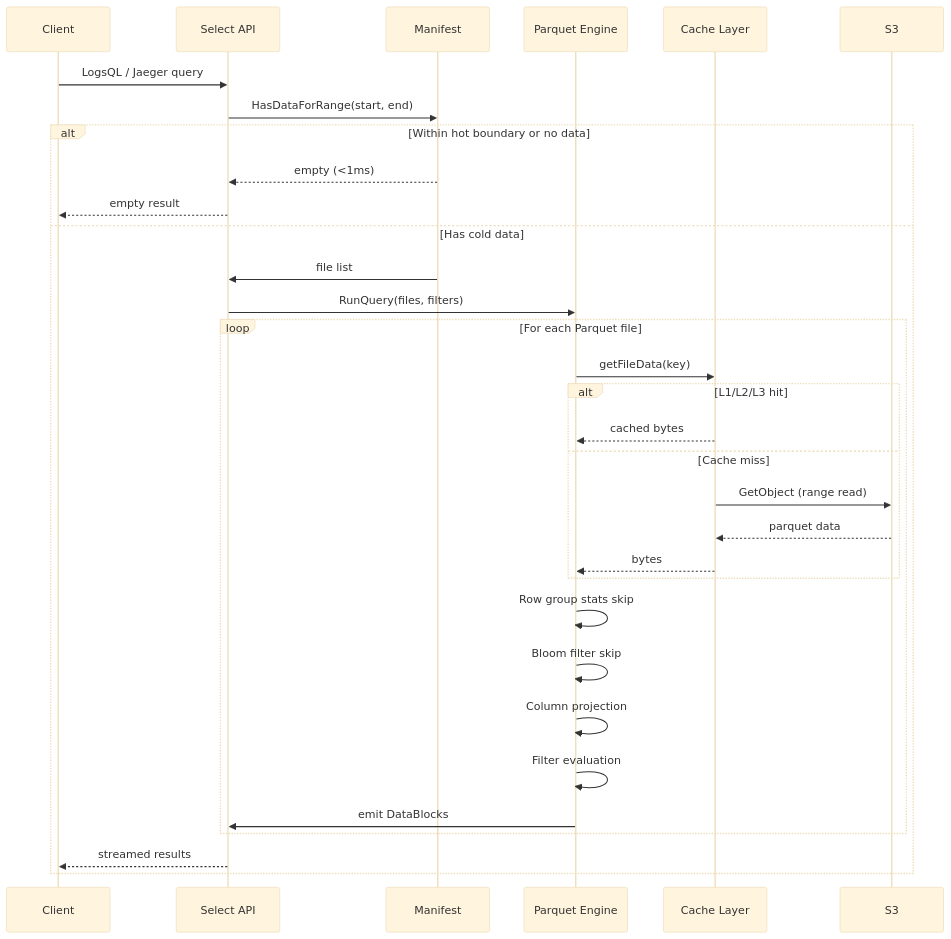
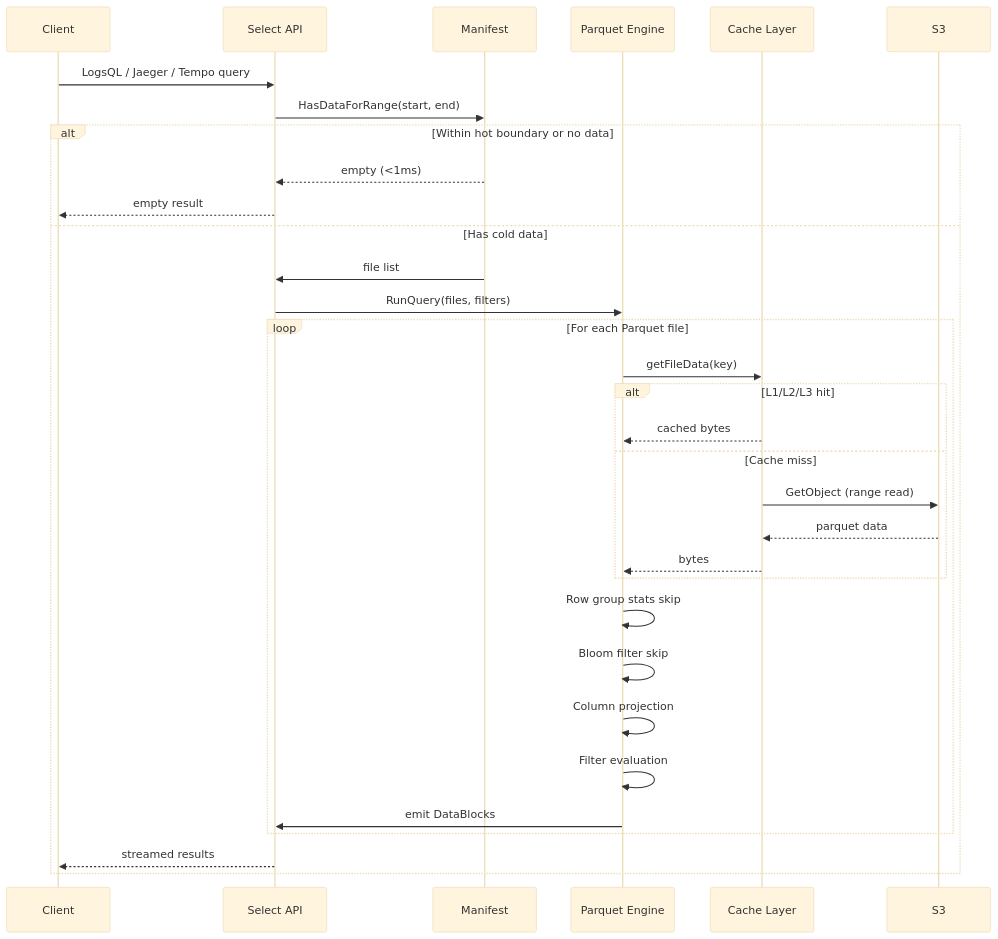
The second of 15 diagrams in docs/architecture.md (ReliablyObserve/victoria-lakehouse), drawn with Mermaid (base theme) before and after one commit. The commit also changed other lines of this file and 84 other files, not shown here.

````diff
--- a/docs/architecture.md
+++ b/docs/architecture.md
@@ -118,39 +118,39 @@
 ```mermaid
 sequenceDiagram
     participant Client
     participant Handler as Select API
     participant Manifest
     participant Engine as Parquet Engine
     participant Cache as Cache Layer
     participant S3
 
-    Client->>Handler: LogsQL / Jaeger query
+    Client->>Handler: LogsQL / Jaeger / Tempo query
     Handler->>Manifest: HasDataForRange(start, end)
     
     alt Within hot boundary or no data
         Manifest-->>Handler: empty (<1ms)
         Handler-->>Client: empty result
     else Has cold data
         Manifest->>Handler: file list
         Handler->>Engine: RunQuery(files, filters)
         
         loop For each Parquet file
             Engine->>Cache: getFileData(key)
             alt L1/L2/L3 hit
                 Cache-->>Engine: cached bytes
             else Cache miss
                 Cache->>S3: GetObject (range read)
                 S3-->>Cache: parquet data
                 Cache-->>Engine: bytes
             end
             
             Engine->>Engine: Row group stats skip
             Engine->>Engine: Bloom filter skip
             Engine->>Engine: Column projection
             Engine->>Engine: Filter evaluation
             Engine->>Handler: emit DataBlocks
         end
         
         Handler-->>Client: streamed results
     end
 ```
````
